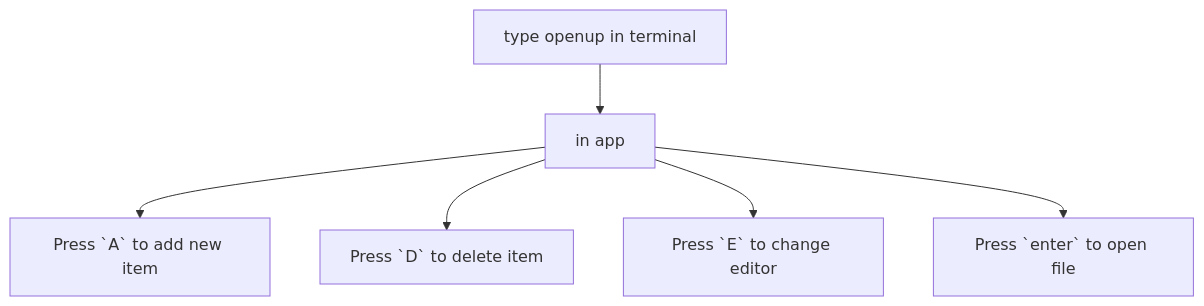
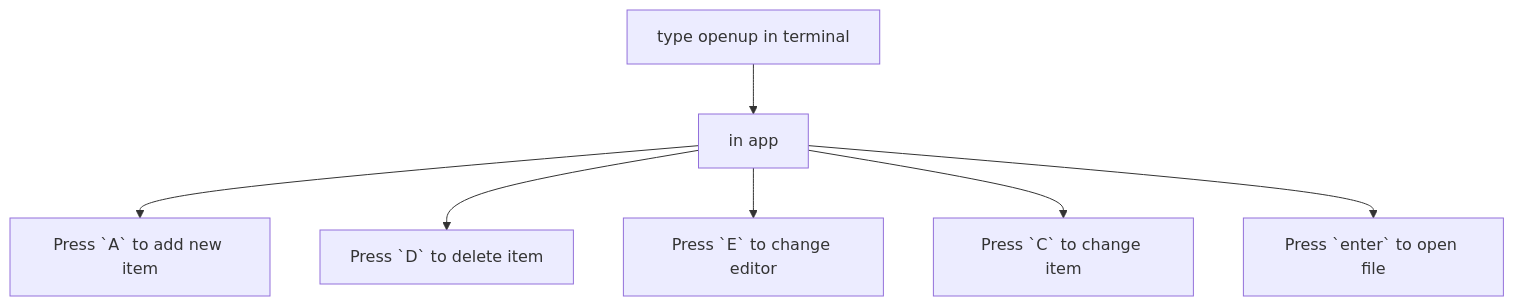
One commit to Horryportier/openup changed the diagram in README.md. Above: the diagram before and after it, drawn with Mermaid. The commit also changed other lines of this file and 3 other files, not shown here.

````diff
--- a/README.md
+++ b/README.md
@@ -9,8 +9,9 @@
 ```mermaid
 flowchart TD;
         O[type openup in terminal]--> A[in app]
         A--> B[Press `A` to add new item]
         A--> C[Press `D` to delete item]
         A--> D[Press `E` to change editor]
+        A--> F[Press `C` to change item]
         A--> E[Press `enter` to open file]
 ```
````
